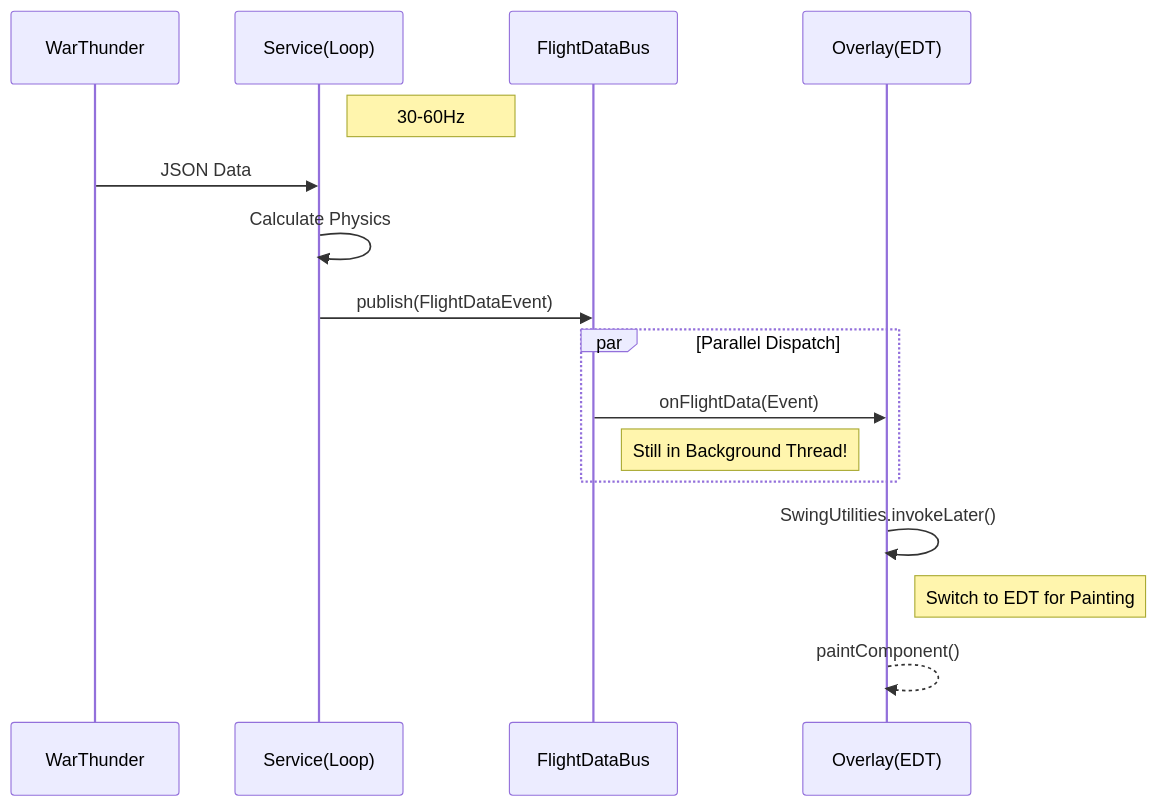
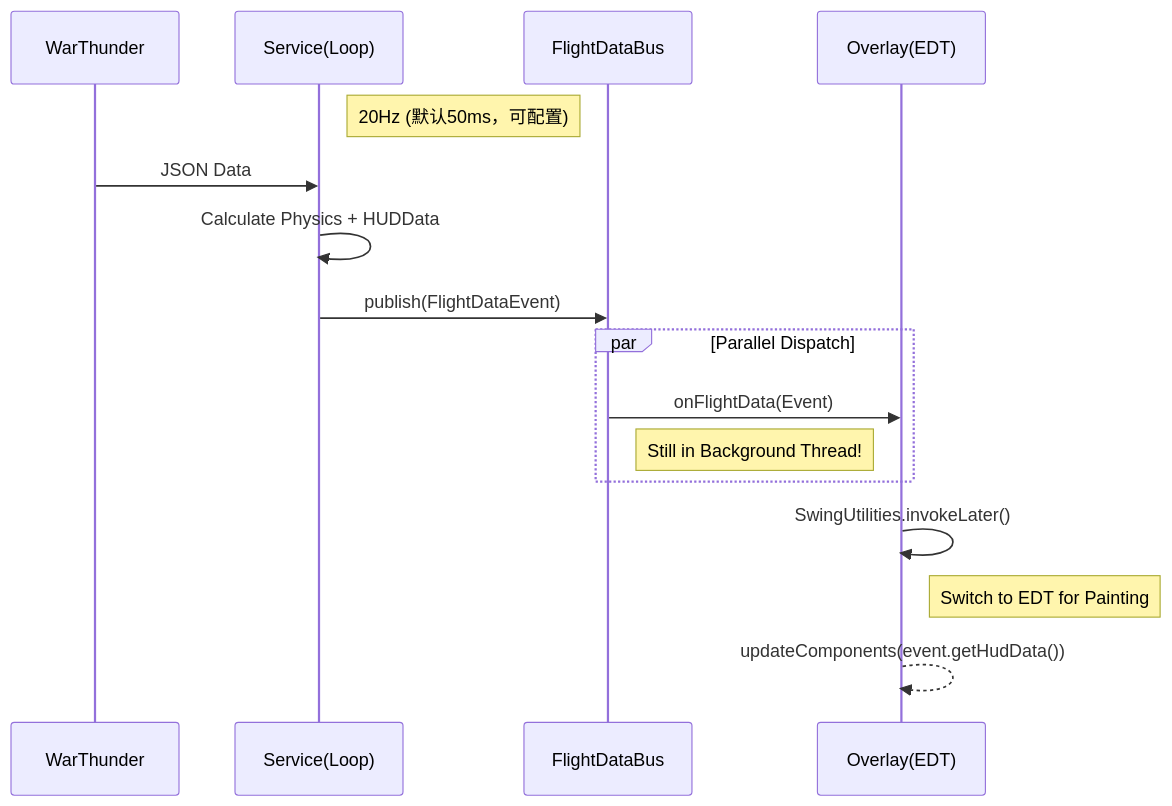
Before and after one commit to matrixsukhoi/voidmei: the first of 5 diagrams in doc/voidmei贡献者开发手册.md, drawn with Mermaid. The commit also changed other lines of this file and 5 other files, not shown here.

````diff
--- a/doc/voidmei贡献者开发手册.md
+++ b/doc/voidmei贡献者开发手册.md
@@ -78,21 +78,21 @@
 ```mermaid
 sequenceDiagram
     participant Game as WarThunder
     participant Svc as Service(Loop)
     participant Bus as FlightDataBus
     participant UI as Overlay(EDT)
 
-    Note right of Svc: 30-60Hz
+    Note right of Svc: 20Hz (默认50ms，可配置)
     Game->>Svc: JSON Data
-    Svc->>Svc: Calculate Physics
+    Svc->>Svc: Calculate Physics + HUDData
     Svc->>Bus: publish(FlightDataEvent)
-    
+
     par Parallel Dispatch
         Bus->>UI: onFlightData(Event)
         Note right of Bus: Still in Background Thread!
     end
-    
+
     UI->>UI: SwingUtilities.invokeLater()
     Note right of UI: Switch to EDT for Painting
-    UI-->>UI: paintComponent()
+    UI-->>UI: updateComponents(event.getHudData())
 ```
````
